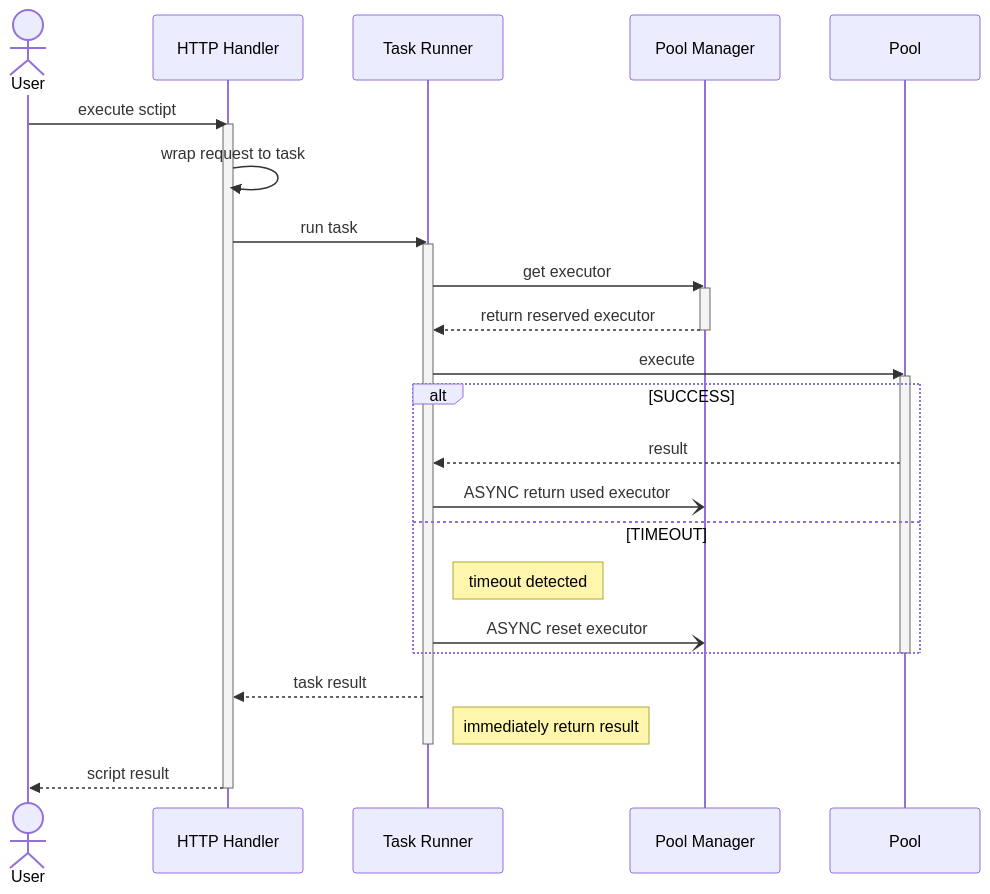
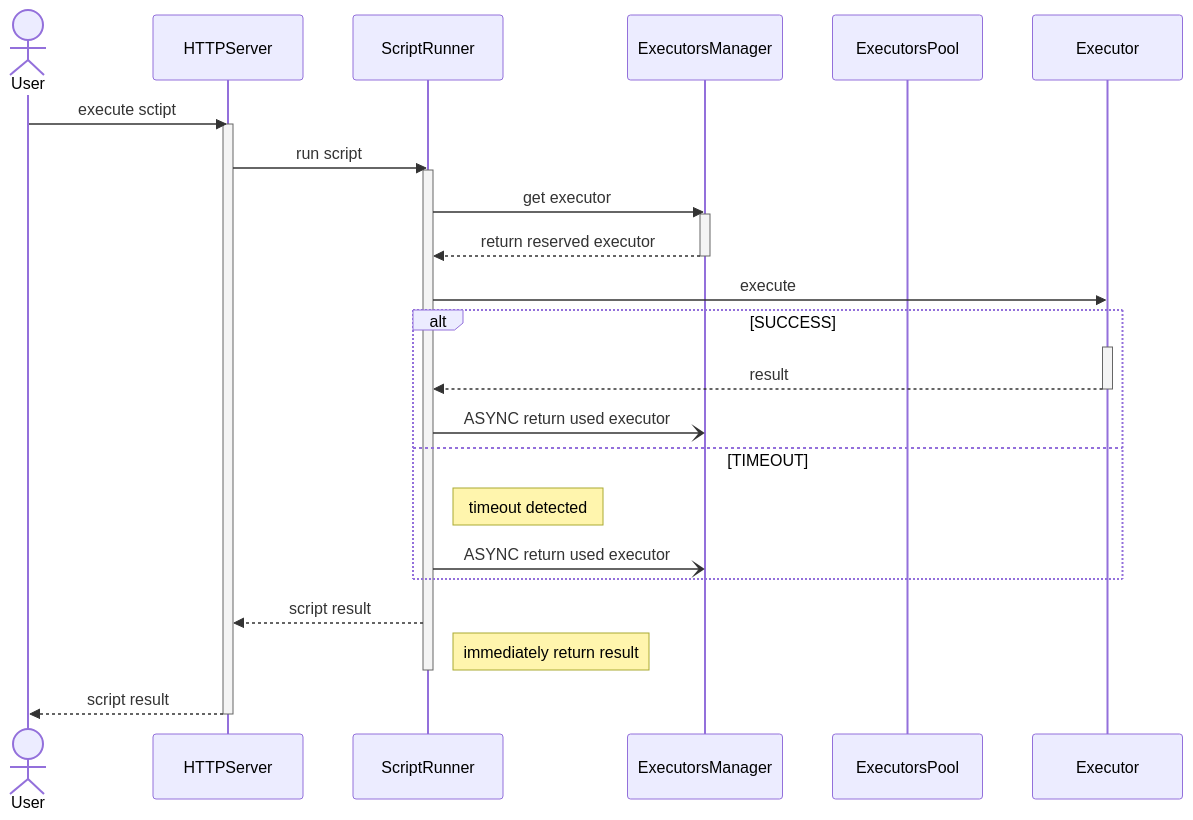
Before and after one commit to mchechulnikov/eucalypt: the fourth of 7 diagrams in README.md, drawn with Mermaid. The commit also changed other lines of this file, not shown here.

Commit message:
updated scenarios diagrams

````diff
--- a/README.md
+++ b/README.md
@@ -227,33 +230,37 @@
 ``` mermaid
 sequenceDiagram
     actor User
+    participant HTTPServer
+    participant ScriptRunner
+    participant ExecutorsManager
+    participant ExecutorsPool
+    participant Executor
 
-    User ->> HTTP Handler: execute sctipt
-    activate HTTP Handler
-        HTTP Handler ->> HTTP Handler: wrap request to task
+    User ->> HTTPServer: execute sctipt
+    activate HTTPServer
+        HTTPServer ->> ScriptRunner: run script
+        activate ScriptRunner
+            ScriptRunner ->> ExecutorsManager: get executor
+            activate ExecutorsManager
+                ExecutorsManager -->> ScriptRunner: return reserved executor
+            deactivate ExecutorsManager
 
-        HTTP Handler ->> Task Runner: run task
-        activate Task Runner
-            Task Runner ->> Pool Manager: get executor
-            activate Pool Manager
-                Pool Manager -->> Task Runner: return reserved executor
-            deactivate Pool Manager
+            ScriptRunner ->> Executor: execute
+            alt SUCCESS
+                activate Executor
+                    Executor -->> ScriptRunner: result
+                deactivate Executor
+                ScriptRunner -) ExecutorsManager: ASYNC return used executor
+            else TIMEOUT
+                note right of ScriptRunner: timeout detected
+                ScriptRunner -) ExecutorsManager: ASYNC return used executor
+            end
 
-            Task Runner ->> Pool: execute
-            activate Pool
-                alt SUCCESS
-                    Pool -->> Task Runner: result
-                    Task Runner -) Pool Manager: ASYNC return used executor
-                else TIMEOUT
-                    note right of Task Runner: timeout detected
-                    Task Runner -) Pool Manager: ASYNC reset executor
-                end
-            deactivate Pool
+            
+            ScriptRunner -->> HTTPServer: script result
+            note right of ScriptRunner: immediately return result
+        deactivate ScriptRunner
 
-            Task Runner -->> HTTP Handler: task result
-            note right of Task Runner: immediately return result
-        deactivate Task Runner
-
-        HTTP Handler -->> User: script result
-    deactivate HTTP Handler
+        HTTPServer -->> User: script result
+    deactivate HTTPServer
 ```
````
